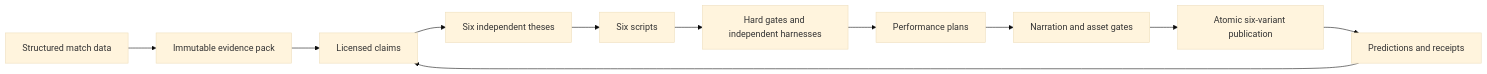
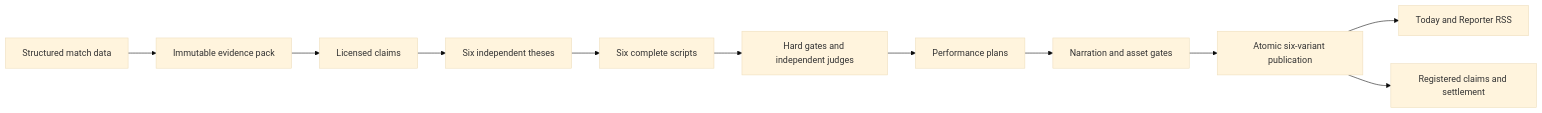
One commit to krishanraja/full-time changed the second of 2 diagrams in docs/18-world-class-pundit-system.md. Above: the diagram before and after it, drawn with Mermaid (base theme). The commit also changed other lines of this file and 32 other files, not shown here.

````diff
--- a/docs/18-world-class-pundit-system.md
+++ b/docs/18-world-class-pundit-system.md
@@ -33,13 +84,13 @@
 ```mermaid
 flowchart LR
     I["Structured match data"] --> E["Immutable evidence pack"]
     E --> C["Licensed claims"]
     C --> T["Six independent theses"]
-    T --> S["Six scripts"]
-    S --> H["Hard gates and independent harnesses"]
+    T --> S["Six complete scripts"]
+    S --> H["Hard gates and independent judges"]
     H --> P["Performance plans"]
     P --> A["Narration and asset gates"]
     A --> X["Atomic six-variant publication"]
-    X --> R["Predictions and receipts"]
-    R --> C
+    X --> W["Today and Reporter RSS"]
+    X --> R["Registered claims and settlement"]
 ```
````
